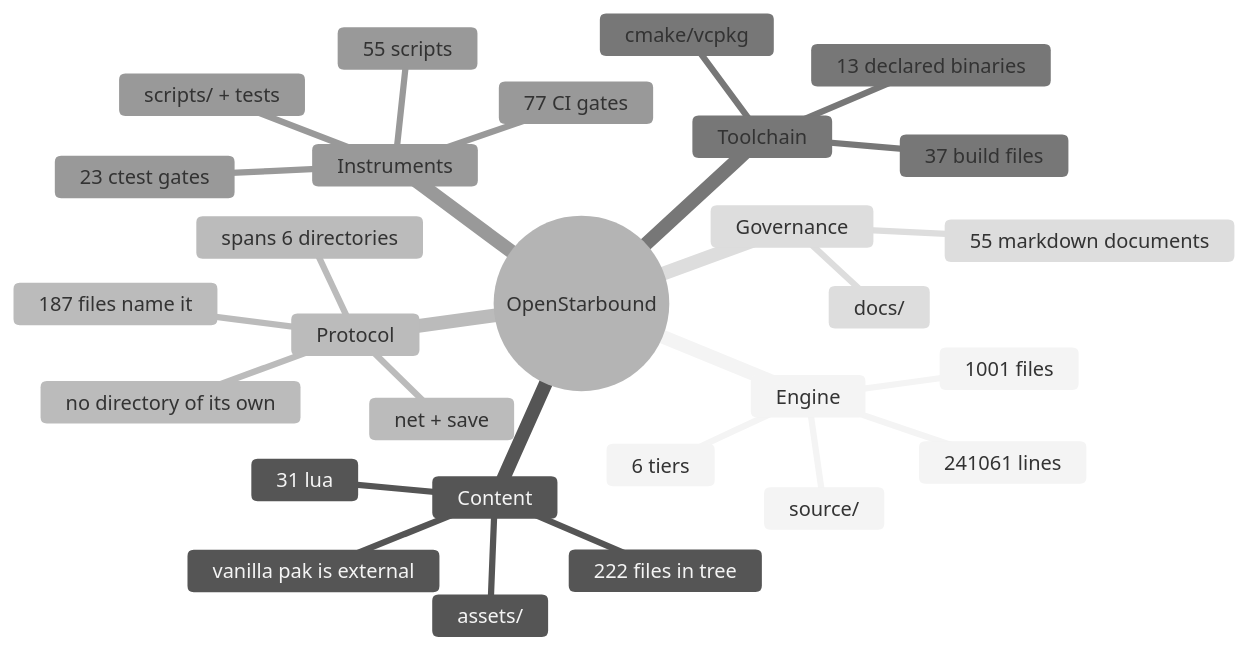
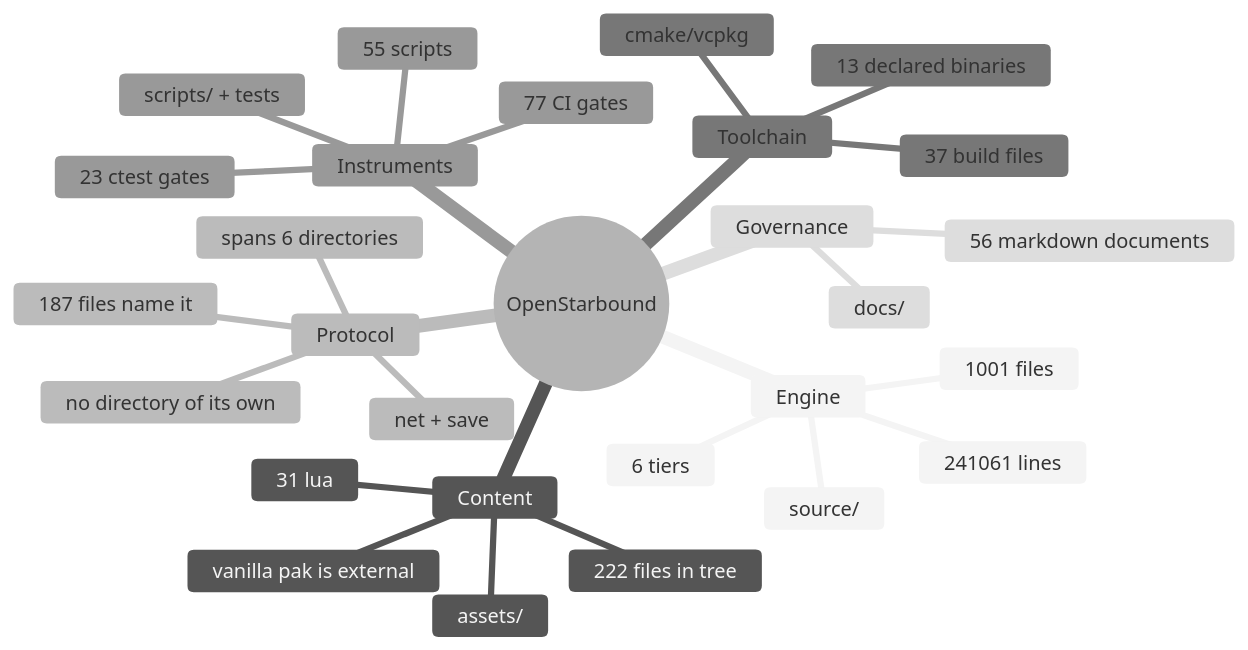
Before and after one commit to apnex/OpenStarbound: the second of 11 diagrams in docs/architecture/system-boundaries.md, drawn with Mermaid (neutral theme). The commit also changed 1 other file, not shown here.

First paragraph of the commit message:
[#286] the walking fixture measures, and motion costs 23% of render CPU that no standing leg sees
Four legs at 04-Ocean-Factory, WALK=45, warm-up discarded, against the same scene whose standing
floors reproduced exactly this morning -- so the two fixtures are directly comparable.

````diff
--- a/docs/architecture/system-boundaries.md
+++ b/docs/architecture/system-boundaries.md
@@ -166,31 +166,31 @@
 ```mermaid
 mindmap
   root((OpenStarbound))
     Engine
       source/
       1001 files
       241061 lines
       6 tiers
     Content
       assets/
       222 files in tree
       31 lua
       vanilla pak is external
     Protocol
       net + save
       187 files name it
       spans 6 directories
       no directory of its own
     Toolchain
       cmake/vcpkg
       37 build files
       13 declared binaries
     Instruments
       scripts/ + tests
       55 scripts
       23 ctest gates
       77 CI gates
     Governance
       docs/
-      55 markdown documents
+      56 markdown documents
 ```
````
